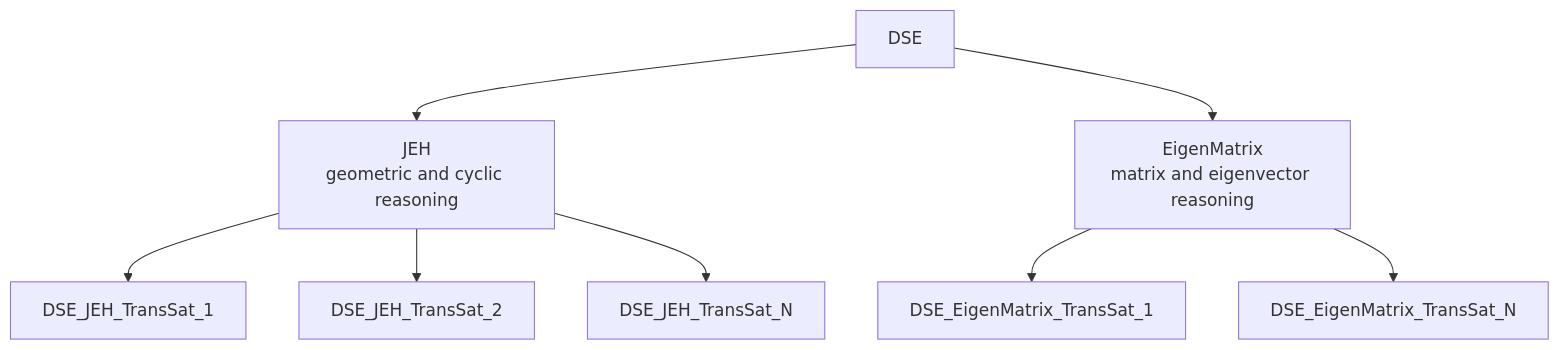
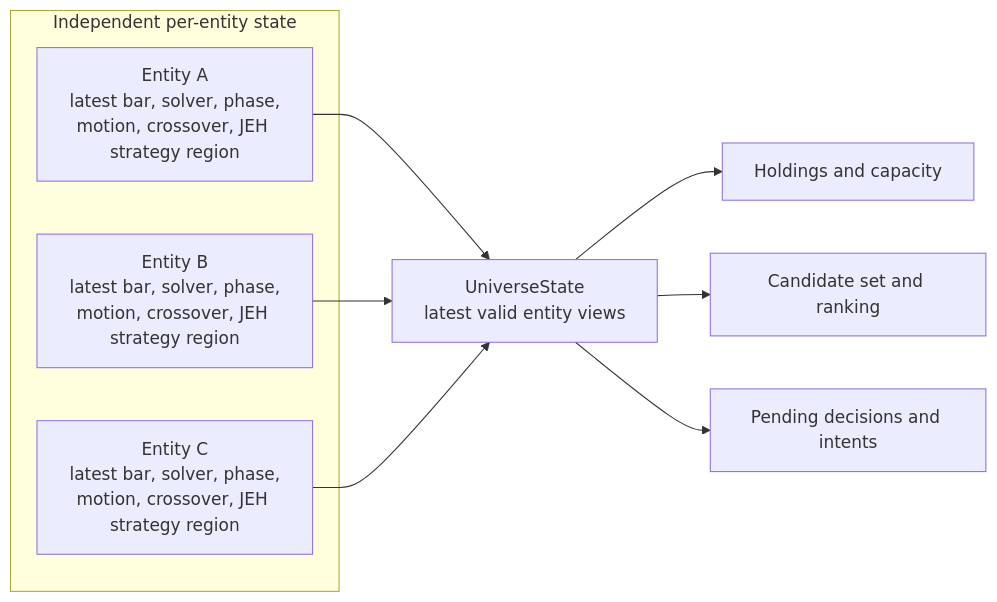
Before and after one commit to srao977/tramuthus: the fourth of 10 diagrams in DSE_JEH/docs/DSE_JEH_TRANS_SAT_1_SYSTEM_DESIGN_V0_1_091226.md, drawn with Mermaid. The commit also changed other lines of this file and 1 other file, not shown here.

Commit message:
DSE_JEH design and implementation docs completed

````diff
--- a/DSE_JEH/docs/DSE_JEH_TRANS_SAT_1_SYSTEM_DESIGN_V0_1_091226.md
+++ b/DSE_JEH/docs/DSE_JEH_TRANS_SAT_1_SYSTEM_DESIGN_V0_1_091226.md
@@ -45,18 +277,18 @@
 ```mermaid
-flowchart TD
-  DSE[DSE]
-  JEH[JEH<br/>geometric and cyclic reasoning]
-  EM[EigenMatrix<br/>matrix and eigenvector reasoning]
-  J1[DSE_JEH_TransSat_1]
-  J2[DSE_JEH_TransSat_2]
-  JN[DSE_JEH_TransSat_N]
-  E1[DSE_EigenMatrix_TransSat_1]
-  EN[DSE_EigenMatrix_TransSat_N]
-  DSE --> JEH
-  DSE --> EM
-  JEH --> J1
-  JEH --> J2
-  JEH --> JN
-  EM --> E1
-  EM --> EN
+flowchart LR
+  subgraph Entities[Independent per-entity state]
+    A[Entity A<br/>latest bar, solver, phase,<br/>motion, crossover, JEH strategy region]
+    B[Entity B<br/>latest bar, solver, phase,<br/>motion, crossover, JEH strategy region]
+    C[Entity C<br/>latest bar, solver, phase,<br/>motion, crossover, JEH strategy region]
+  end
+  U[UniverseState<br/>latest valid entity views]
+  H[Holdings and capacity]
+  K[Candidate set and ranking]
+  P[Pending decisions and intents]
+  A --> U
+  B --> U
+  C --> U
+  U --> H
+  U --> K
+  U --> P
 ```
````
